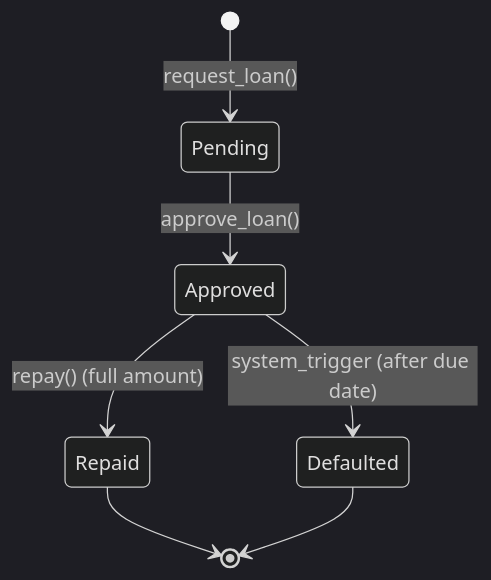
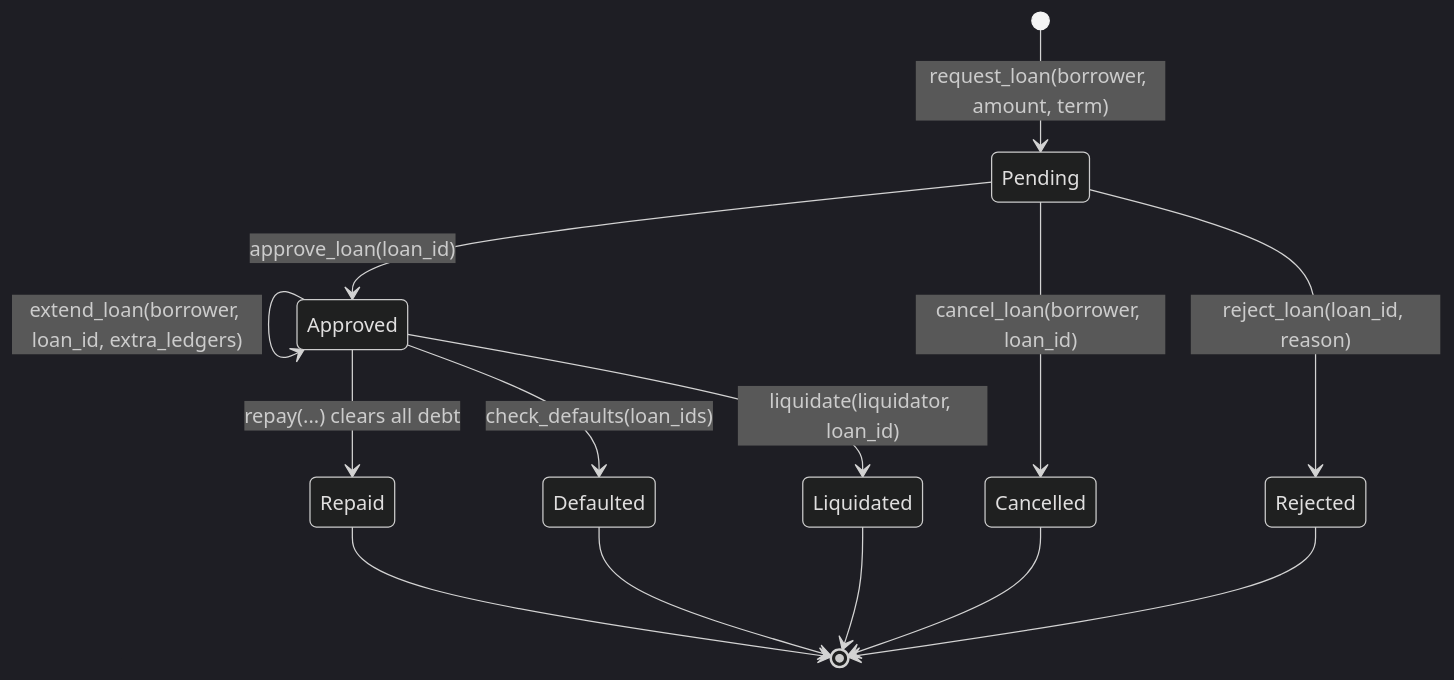
One commit to LabsCrypt/remitlend changed the diagram in docs/wiki/contract-state-machine.md. Above: the diagram before and after it, drawn with Mermaid (dark theme). The commit also changed other lines of this file, not shown here.

````diff
--- a/docs/wiki/contract-state-machine.md
+++ b/docs/wiki/contract-state-machine.md
@@ -15,9 +31,19 @@
 ```mermaid
 stateDiagram-v2
-    [*] --> Pending: request_loan()
-    Pending --> Approved: approve_loan()
-    Approved --> Repaid: repay() (full amount)
-    Approved --> Defaulted: system_trigger (after due date)
+    [*] --> Pending: request_loan(borrower, amount, term)
+    Pending --> Approved: approve_loan(loan_id)
+    Pending --> Cancelled: cancel_loan(borrower, loan_id)
+    Pending --> Rejected: reject_loan(loan_id, reason)
+
+    Approved --> Approved: repay(borrower, loan_id, amount)
+    Approved --> Approved: extend_loan(borrower, loan_id, extra_ledgers)
+    Approved --> Repaid: repay(...) clears all debt
+    Approved --> Defaulted: check_defaults(loan_ids)
+    Approved --> Liquidated: liquidate(liquidator, loan_id)
+
     Repaid --> [*]
     Defaulted --> [*]
+    Liquidated --> [*]
+    Cancelled --> [*]
+    Rejected --> [*]
 ```
````
